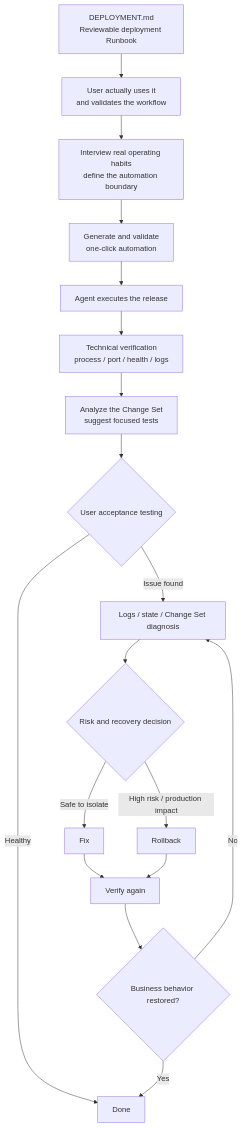
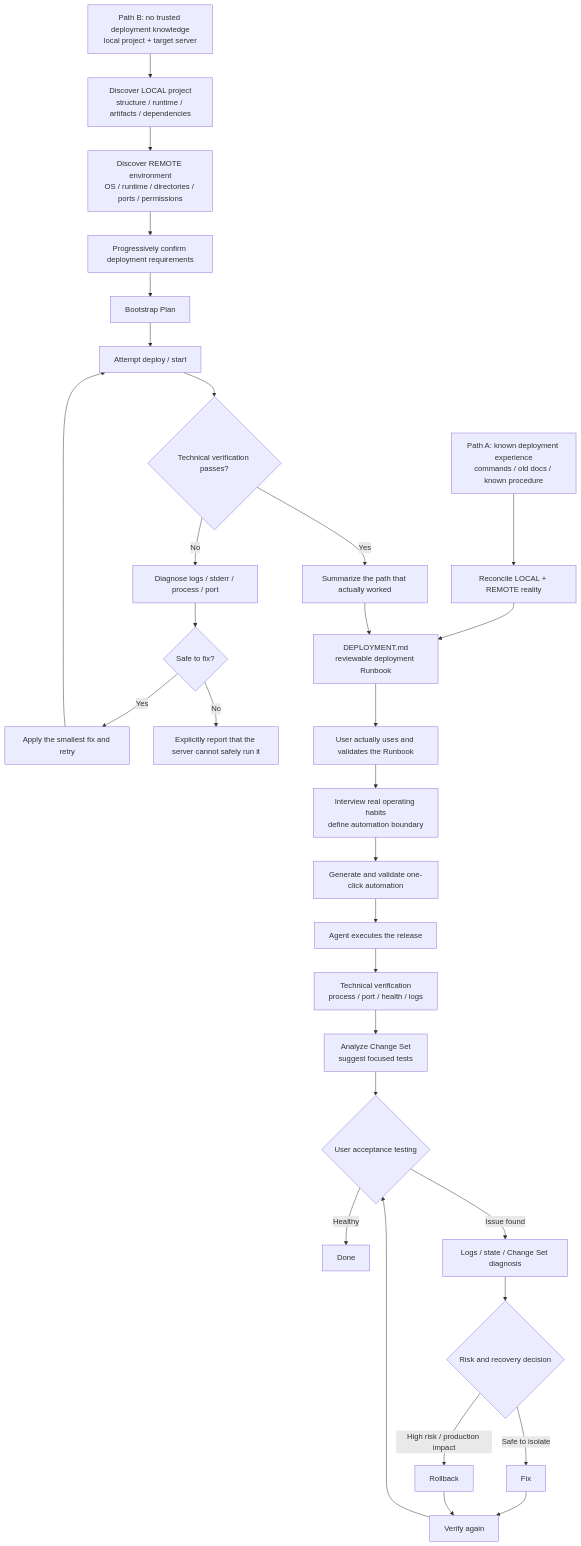
The diagram in README.en.md (qigelunbiya/dsh-ssh-files-sidebar), drawn with Mermaid before and after one commit. The commit also changed other lines of this file, not shown here.

Commit message:
docs: sync English README with bootstrap workflow

````diff
--- a/README.en.md
+++ b/README.en.md
@@ -36,20 +37,35 @@
 ```mermaid
 flowchart TD
-    A["DEPLOYMENT.md<br/>Reviewable deployment Runbook"] --> B["User actually uses it<br/>and validates the workflow"]
-    B --> C["Interview real operating habits<br/>define the automation boundary"]
-    C --> D["Generate and validate<br/>one-click automation"]
-    D --> E["Agent executes the release"]
-    E --> F["Technical verification<br/>process / port / health / logs"]
-    F --> G["Analyze the Change Set<br/>suggest focused tests"]
-    G --> H{"User acceptance testing"}
-    H -->|Healthy| I["Done"]
-    H -->|Issue found| J["Logs / state / Change Set diagnosis"]
-    J --> K{"Risk and recovery decision"}
-    K -->|Safe to isolate| L["Fix"]
-    K -->|High risk / production impact| M["Rollback"]
-    L --> N["Verify again"]
-    M --> N
-    N --> O{"Business behavior restored?"}
-    O -->|Yes| I
-    O -->|No| J
+    A1["Path A: known deployment experience<br/>commands / old docs / known procedure"] --> B1["Reconcile LOCAL + REMOTE reality"]
+    B1 --> R["DEPLOYMENT.md<br/>reviewable deployment Runbook"]
+
+    A2["Path B: no trusted deployment knowledge<br/>local project + target server"] --> L["Discover LOCAL project<br/>structure / runtime / artifacts / dependencies"]
+    L --> S["Discover REMOTE environment<br/>OS / runtime / directories / ports / permissions"]
+    S --> Q["Progressively confirm deployment requirements"]
+    Q --> P["Bootstrap Plan"]
+    P --> T["Attempt deploy / start"]
+    T --> X{"Technical verification passes?"}
+    X -->|No| D["Diagnose logs / stderr / process / port"]
+    D --> C{"Safe to fix?"}
+    C -->|Yes| F["Apply the smallest fix and retry"]
+    F --> T
+    C -->|No| STOP["Explicitly report that the server cannot safely run it"]
+    X -->|Yes| BASE["Summarize the path that actually worked"]
+    BASE --> R
+
+    R --> V["User actually uses and validates the Runbook"]
+    V --> H["Interview real operating habits<br/>define automation boundary"]
+    H --> O["Generate and validate one-click automation"]
+    O --> E["Agent executes the release"]
+    E --> K["Technical verification<br/>process / port / health / logs"]
+    K --> G["Analyze Change Set<br/>suggest focused tests"]
+    G --> U{"User acceptance testing"}
+    U -->|Healthy| DONE["Done"]
+    U -->|Issue found| Z["Logs / state / Change Set diagnosis"]
+    Z --> RISK{"Risk and recovery decision"}
+    RISK -->|Safe to isolate| FIX["Fix"]
+    RISK -->|High risk / production impact| RB["Rollback"]
+    FIX --> RE["Verify again"]
+    RB --> RE
+    RE --> U
 ```
````
